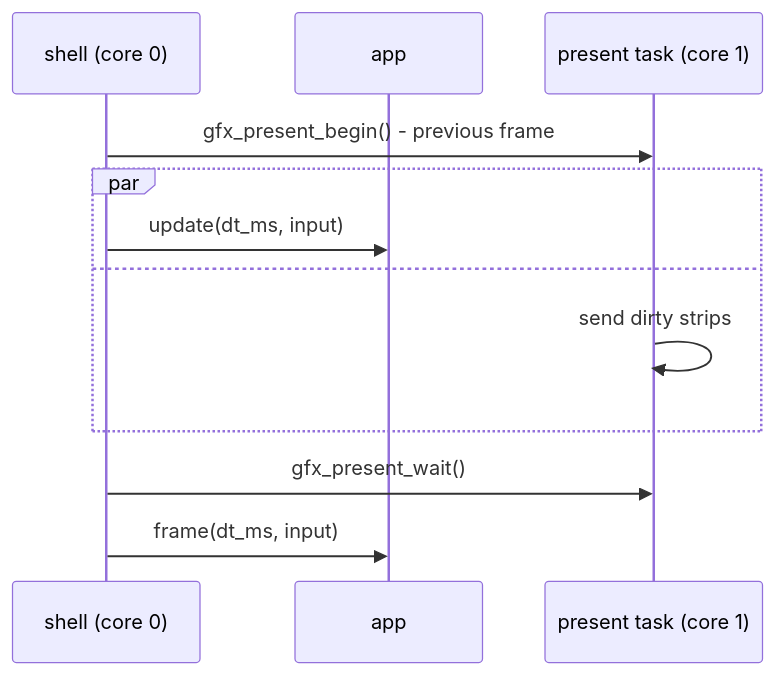
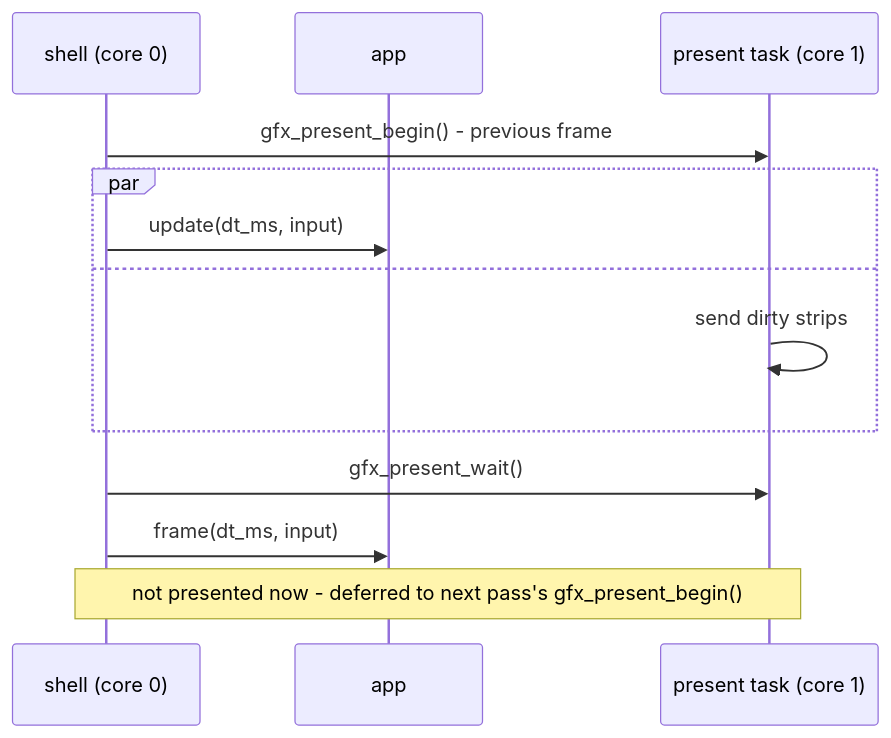
One commit to jose-villegas/autana changed the third of 3 diagrams in docs/Building-an-App.md. Above: the diagram before and after it, drawn with Mermaid. The commit also changed other lines of this file and 5 other files, not shown here.

````diff
--- a/docs/Building-an-App.md
+++ b/docs/Building-an-App.md
@@ -135,14 +141,15 @@
 ```mermaid
 sequenceDiagram
     participant S as shell (core 0)
     participant A as app
     participant P as present task (core 1)
     S->>P: gfx_present_begin() - previous frame
     par
         S->>A: update(dt_ms, input)
     and
         P->>P: send dirty strips
     end
     S->>P: gfx_present_wait()
     S->>A: frame(dt_ms, input)
+    Note over S,P: not presented now - deferred to next pass's gfx_present_begin()
 ```
````
